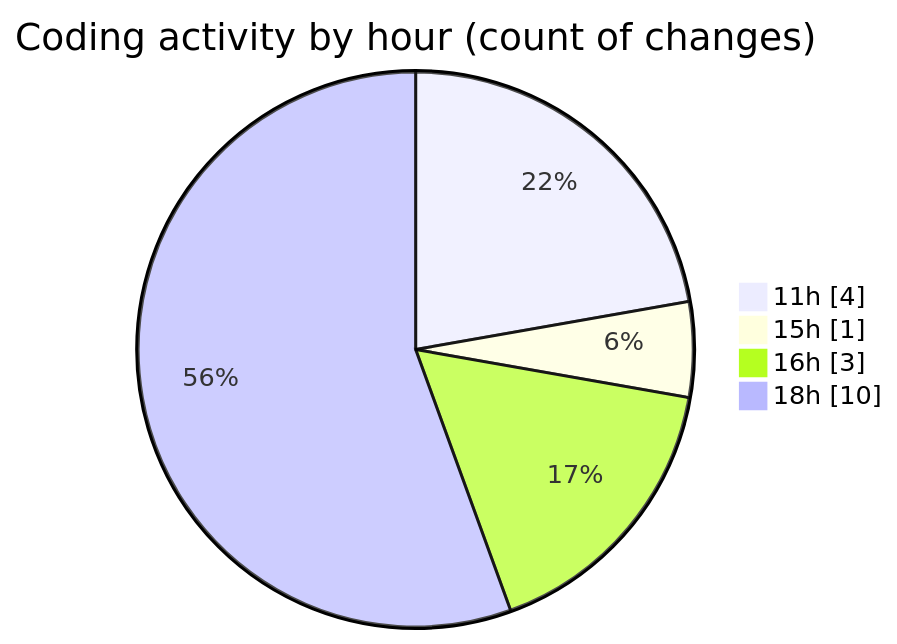
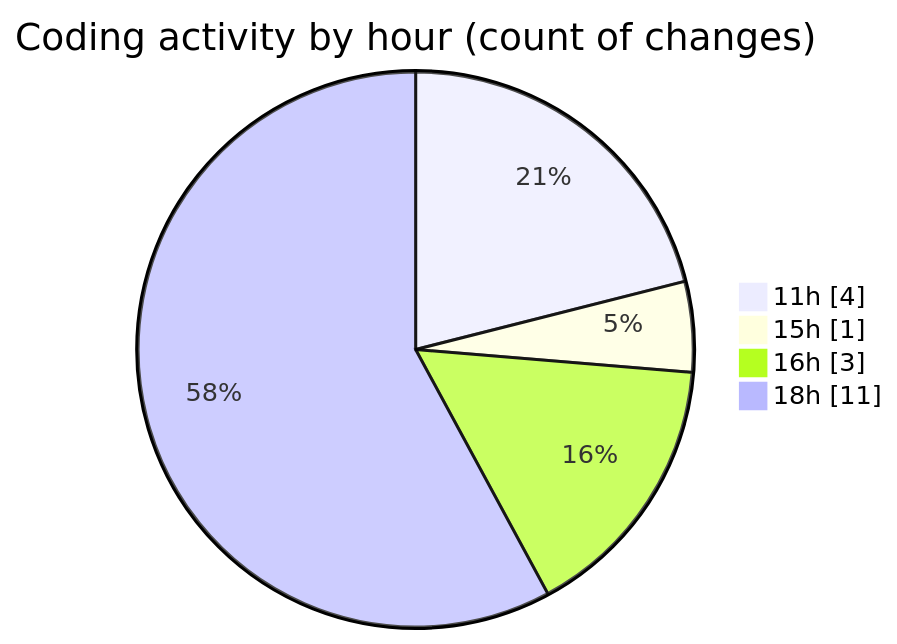
Before and after one commit to nxtqubesakshisongat/code-tracking: the second of 2 diagrams in 2026-06-10/nxtqube_webapp/README.md, drawn with Mermaid. The commit also changed other lines of this file and 1 other file, not shown here.

````diff
--- a/2026-06-10/nxtqube_webapp/README.md
+++ b/2026-06-10/nxtqube_webapp/README.md
@@ -29,8 +29,8 @@
 ```mermaid
 pie showData
 title Coding activity by hour (count of changes)
 "11h" : 4
 "15h" : 1
 "16h" : 3
-"18h" : 10
+"18h" : 11
 ```
````
